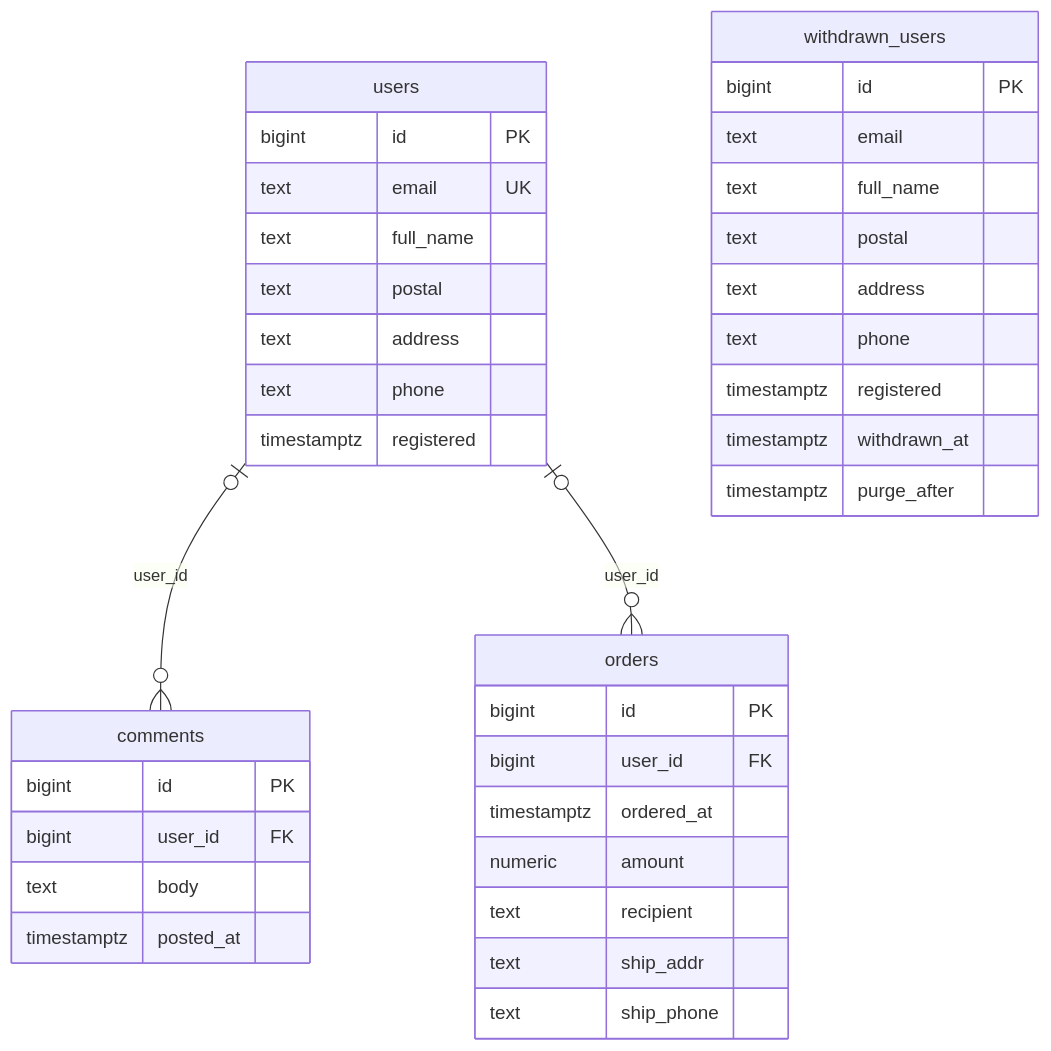
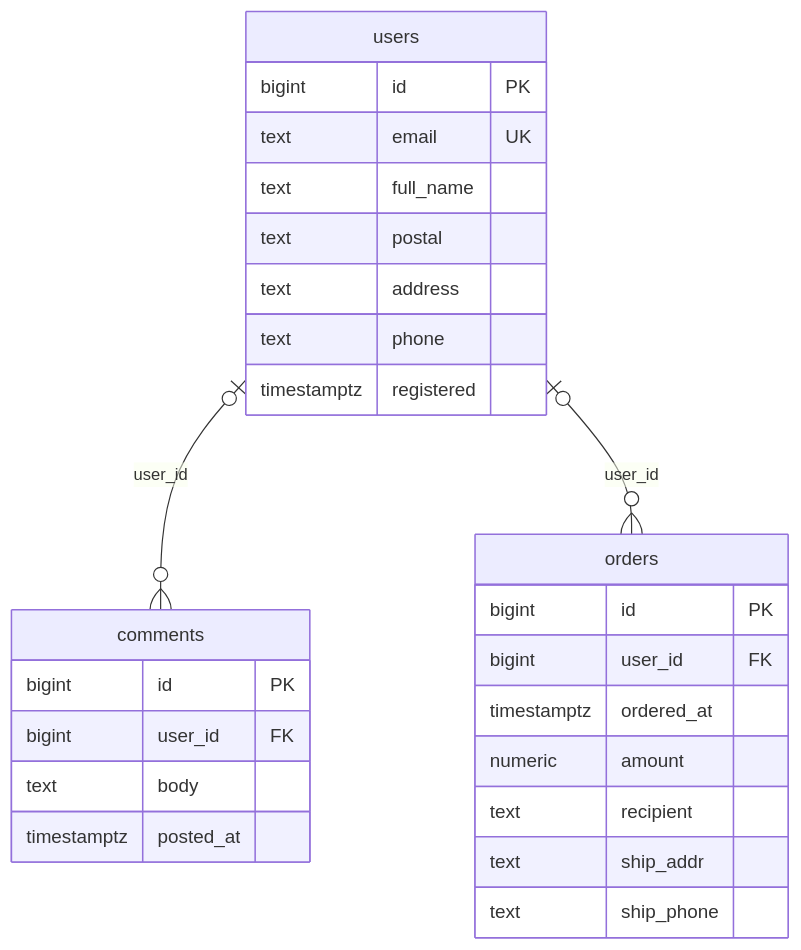
One commit to driftnode986/postgresql-db-design-samples changed the third of 6 diagrams in ch14_account_deletion/README.md. Above: the diagram before and after it, drawn with Mermaid. The commit also changed other lines of this file and 15 other files, not shown here.

First line of the commit message:
docs: 設計案の構成図を縦並びにし、幅の広い ER 図を分けて、GitHub で縮まない大きさにする

````diff
--- a/ch14_account_deletion/README.md
+++ b/ch14_account_deletion/README.md
@@ -72,40 +72,29 @@
 ```mermaid
 erDiagram
   comments {
     bigint id PK
     bigint user_id FK
     text body
     timestamptz posted_at
   }
   orders {
     bigint id PK
     bigint user_id FK
     timestamptz ordered_at
     numeric amount
     text recipient
     text ship_addr
     text ship_phone
   }
   users {
     bigint id PK
     text email UK
     text full_name
     text postal
     text address
     text phone
     timestamptz registered
   }
-  withdrawn_users {
-    bigint id PK
-    text email
-    text full_name
-    text postal
-    text address
-    text phone
-    timestamptz registered
-    timestamptz withdrawn_at
-    timestamptz purge_after
-  }
   users |o--o{ comments : "user_id"
   users |o--o{ orders : "user_id"
 ```
````
